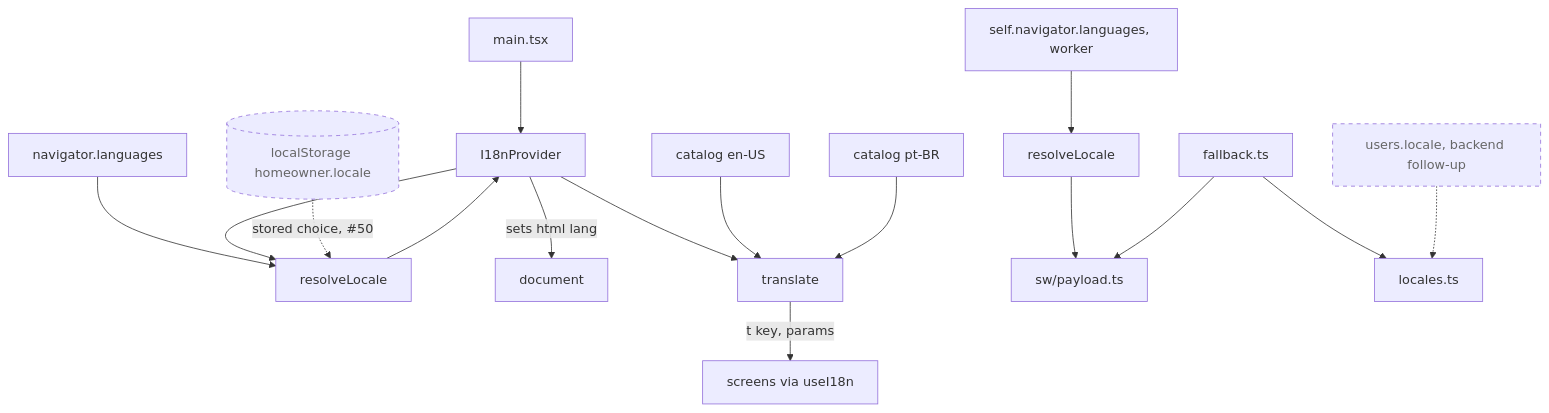
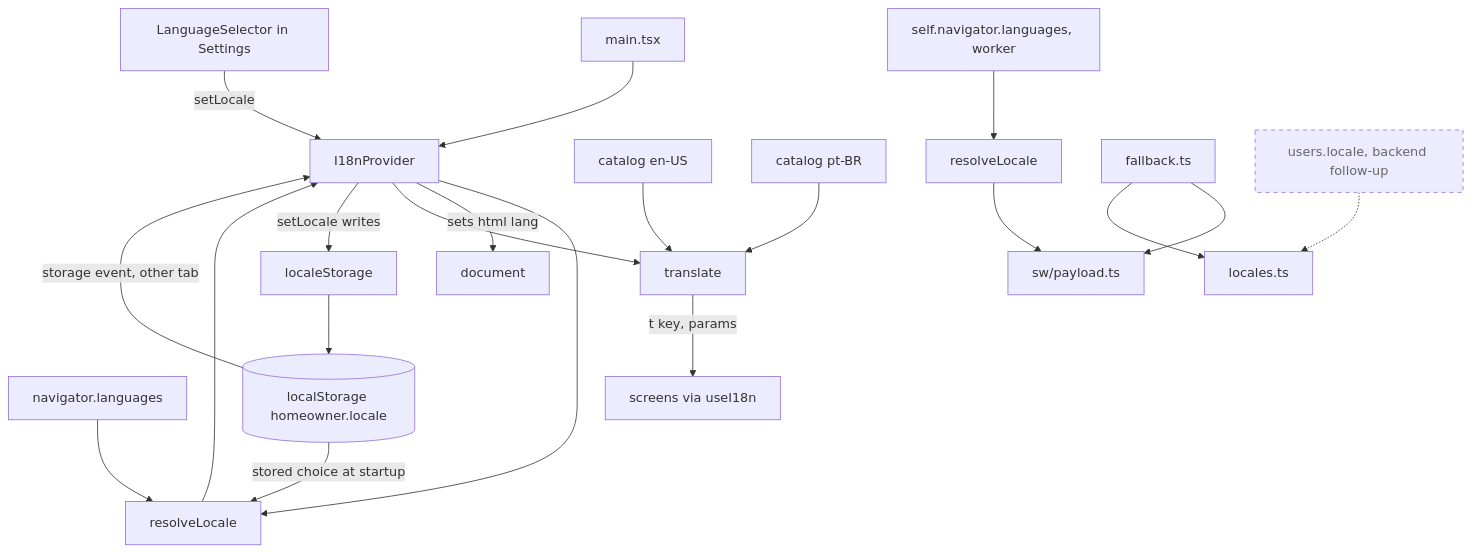
One commit to AbnerWillclefy/Homeowner changed the first of 2 diagrams in docs/architecture/web.md. Above: the diagram before and after it, drawn with Mermaid. The commit also changed other lines of this file and 3 other files, not shown here.

Commit message:
docs: describe where the language choice is stored

````diff
--- a/docs/architecture/web.md
+++ b/docs/architecture/web.md
@@ -25,22 +25,26 @@
 ```mermaid
 flowchart TD
     MAIN[main.tsx] --> PROV[I18nProvider]
     NAV[navigator.languages] --> RES[resolveLocale]
     PROV --> RES
     RES --> PROV
     PROV -->|sets html lang| DOC[document]
     PROV --> TR[translate]
     EN[catalog en-US] --> TR
     PT[catalog pt-BR] --> TR
     TR -->|t key, params| SCREENS[screens via useI18n]
 
-    STORE[(localStorage homeowner.locale)] -.->|stored choice, #50| RES
+    LS[LanguageSelector in Settings] -->|setLocale| PROV
+    PROV -->|setLocale writes| LST[localeStorage]
+    LST --> STORE[(localStorage homeowner.locale)]
+    STORE -->|stored choice at startup| RES
+    STORE -->|storage event, other tab| PROV
     SWNAV[self.navigator.languages, worker] --> SWRES[resolveLocale]
     SWRES --> SWPAY[sw/payload.ts]
     SWFB[fallback.ts] --> SWPAY
     SWFB --> LOC[locales.ts]
     BE[users.locale, backend follow-up] -.-> LOC
 
     classDef planned stroke-dasharray: 5 5,color:#666
-    class STORE,BE planned
+    class BE planned
 ```
````
